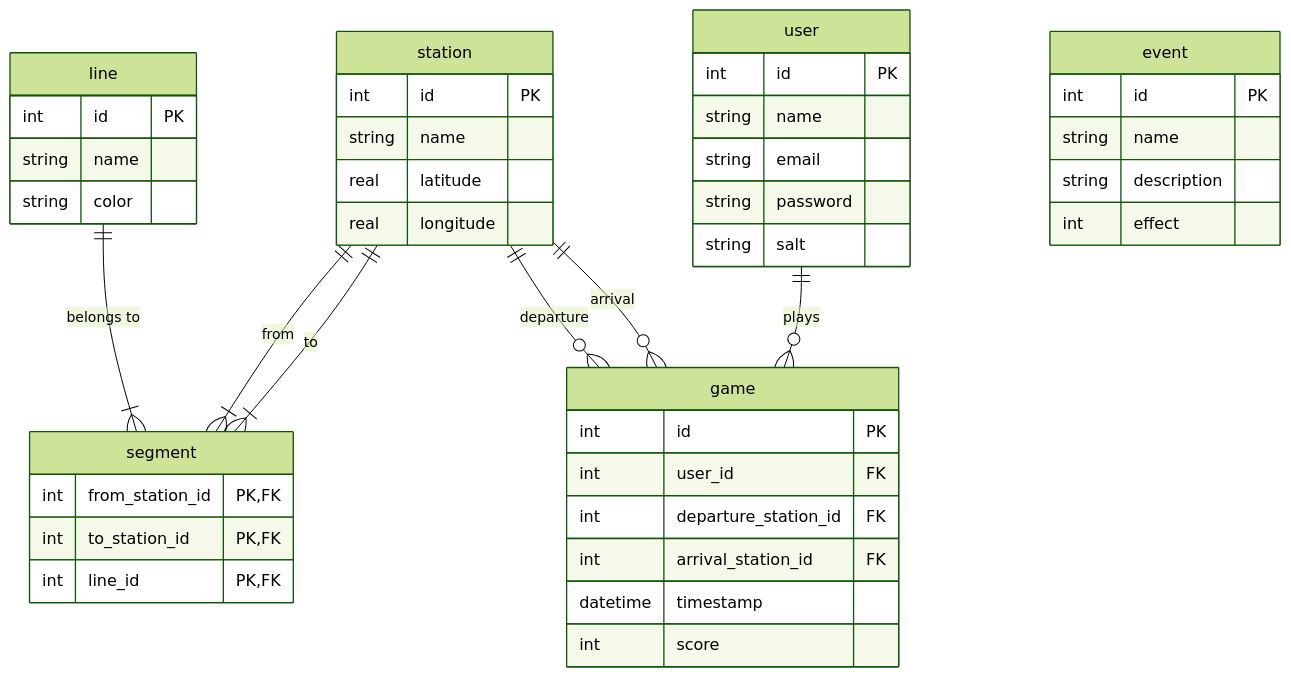
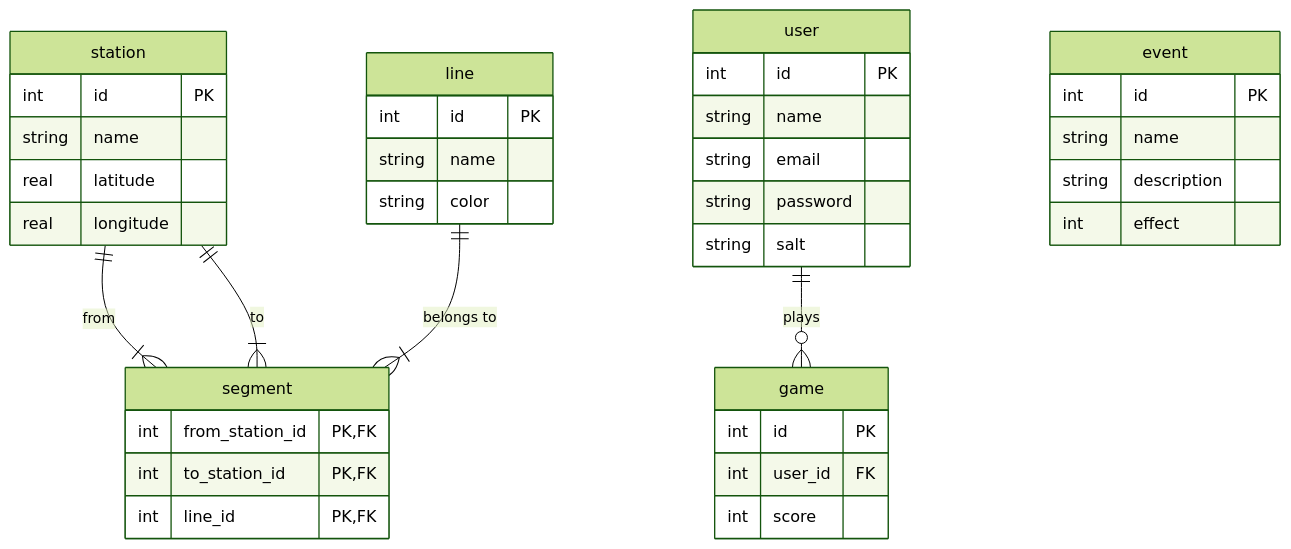
Before and after one commit to polito-WA1-2026-exam/exam-1-last-race-devgfe: the second of 2 diagrams in README.md, drawn with Mermaid (forest theme). The commit also changed other lines of this file and 1 other file, not shown here.

````diff
--- a/README.md
+++ b/README.md
@@ -48,47 +55,42 @@
 ```mermaid
 erDiagram
     station ||--|{ segment : "from"
     station ||--|{ segment : "to"
     line ||--|{ segment : "belongs to"
     user ||--o{ game : "plays"
-    station ||--o{ game : "departure"
-    station ||--o{ game : "arrival"
 
     event {
         int id PK
         string name
         string description
         int effect
     }
     user {
         int id PK
         string name
         string email
         string password
         string salt
     }
     station {
         int id PK
         string name
         real latitude
         real longitude
     }
     line {
         int id PK
         string name
         string color
     }
     segment {
         int from_station_id PK, FK
         int to_station_id PK, FK
         int line_id PK, FK
     }
     game {
         int id PK
         int user_id FK
-        int departure_station_id FK
-        int arrival_station_id FK
-        datetime timestamp
         int score
     }
 ```
````
